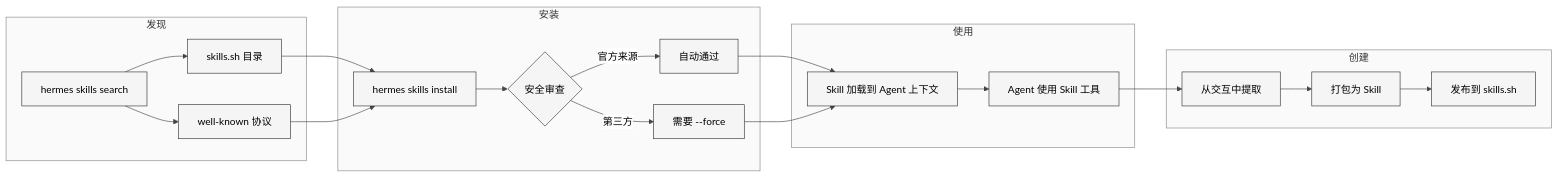
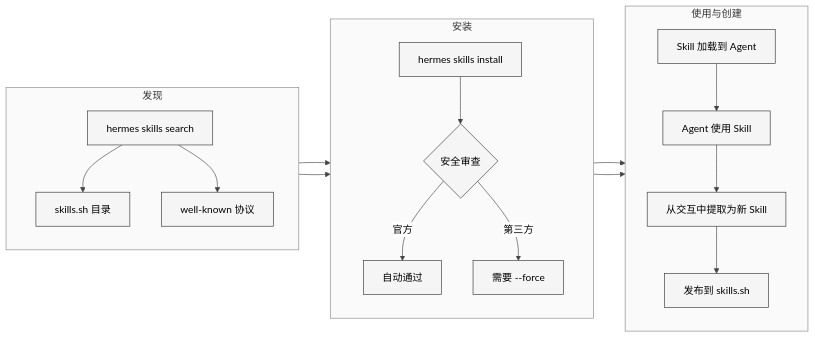
The second of 6 diagrams in Part I 原理与使用/04-高级使用方法.md (xiaonancs/hermes-agent-study), drawn with Mermaid before and after one commit. The commit also changed other lines of this file and 32 other files, not shown here.

First line of the commit message:
Mermaid 图表修复：白色背景板 + 长宽比优化

````diff
--- a/Part I 原理与使用/04-高级使用方法.md
+++ b/Part I 原理与使用/04-高级使用方法.md
@@ -244,25 +241,25 @@
 ```mermaid
 %%{init: {'theme': 'neutral', 'themeVariables': {'background': '#ffffff', 'primaryColor': '#f5f5f5', 'primaryTextColor': '#000000', 'primaryBorderColor': '#333333', 'lineColor': '#444444', 'textColor': '#000000', 'mainBkg': '#f5f5f5', 'nodeBorder': '#333333', 'clusterBkg': '#fafafa', 'clusterBorder': '#888888', 'edgeLabelBackground': '#ffffff'}}}%%
 flowchart LR
     subgraph discover ["发现"]
+        direction TB
         SEARCH["hermes skills search"] --> BROWSE["skills.sh 目录"]
         SEARCH --> WELLKNOWN["well-known 协议"]
     end
     subgraph install ["安装"]
-        BROWSE --> INSTALL["hermes skills install"]
-        WELLKNOWN --> INSTALL
-        INSTALL --> REVIEW{"安全审查"}
-        REVIEW -->|"官方来源"| AUTO["自动通过"]
+        direction TB
+        INSTALL["hermes skills install"] --> REVIEW{"安全审查"}
+        REVIEW -->|"官方"| AUTO["自动通过"]
         REVIEW -->|"第三方"| FORCE["需要 --force"]
     end
-    subgraph use ["使用"]
-        AUTO --> LOAD["Skill 加载到 Agent 上下文"]
-        FORCE --> LOAD
-        LOAD --> INVOKE["Agent 使用 Skill 工具"]
+    subgraph use_create ["使用与创建"]
+        direction TB
+        LOAD["Skill 加载到 Agent"] --> INVOKE["Agent 使用 Skill"]
+        INVOKE --> EXTRACT["从交互中提取为新 Skill"]
+        EXTRACT --> PUBLISH["发布到 skills.sh"]
     end
-    subgraph create ["创建"]
-        INVOKE --> EXTRACT["从交互中提取"]
-        EXTRACT --> PACKAGE["打包为 Skill"]
-        PACKAGE --> PUBLISH["发布到 skills.sh"]
-    end
+    BROWSE --> INSTALL
+    WELLKNOWN --> INSTALL
+    AUTO --> LOAD
+    FORCE --> LOAD
 ```
````
